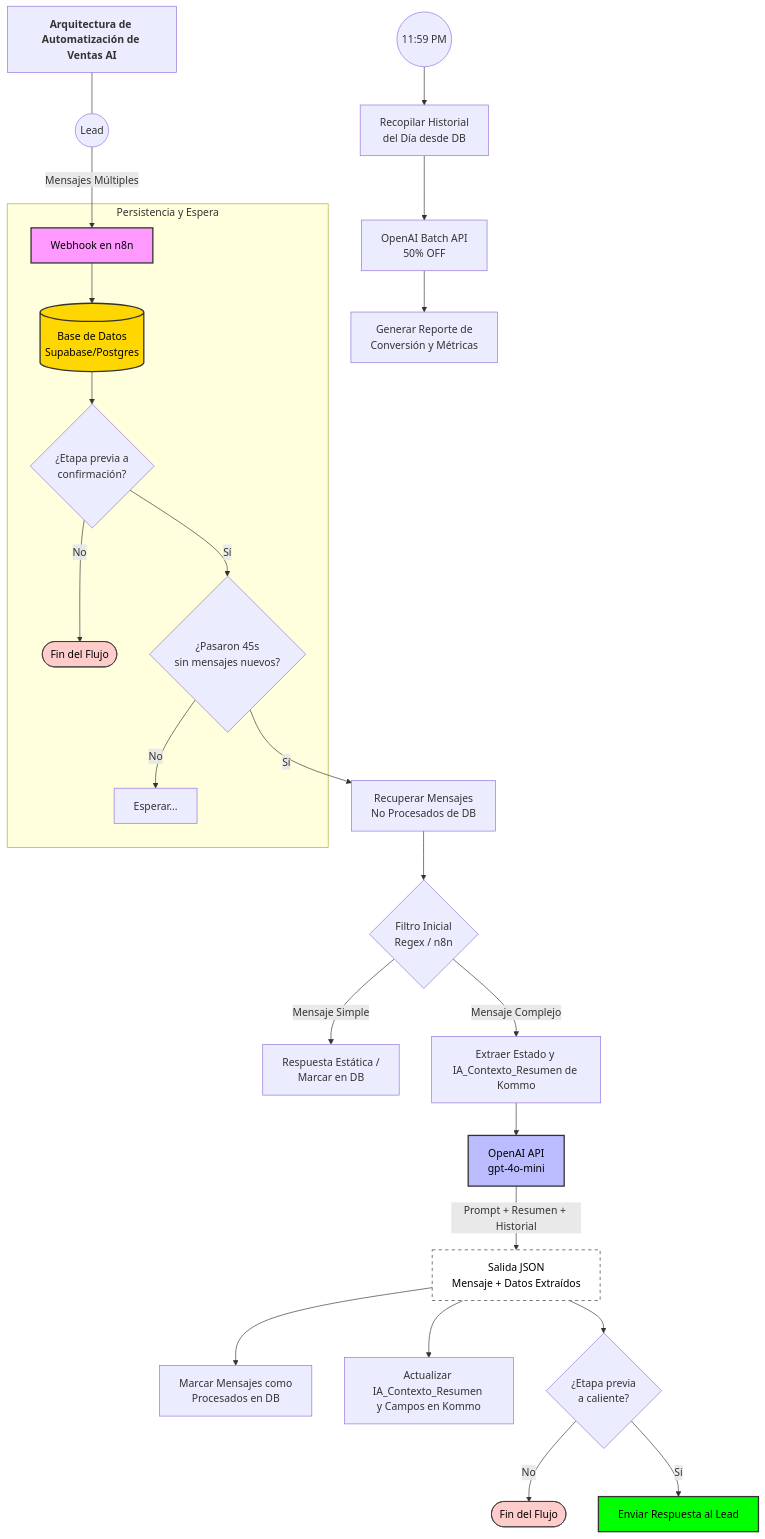
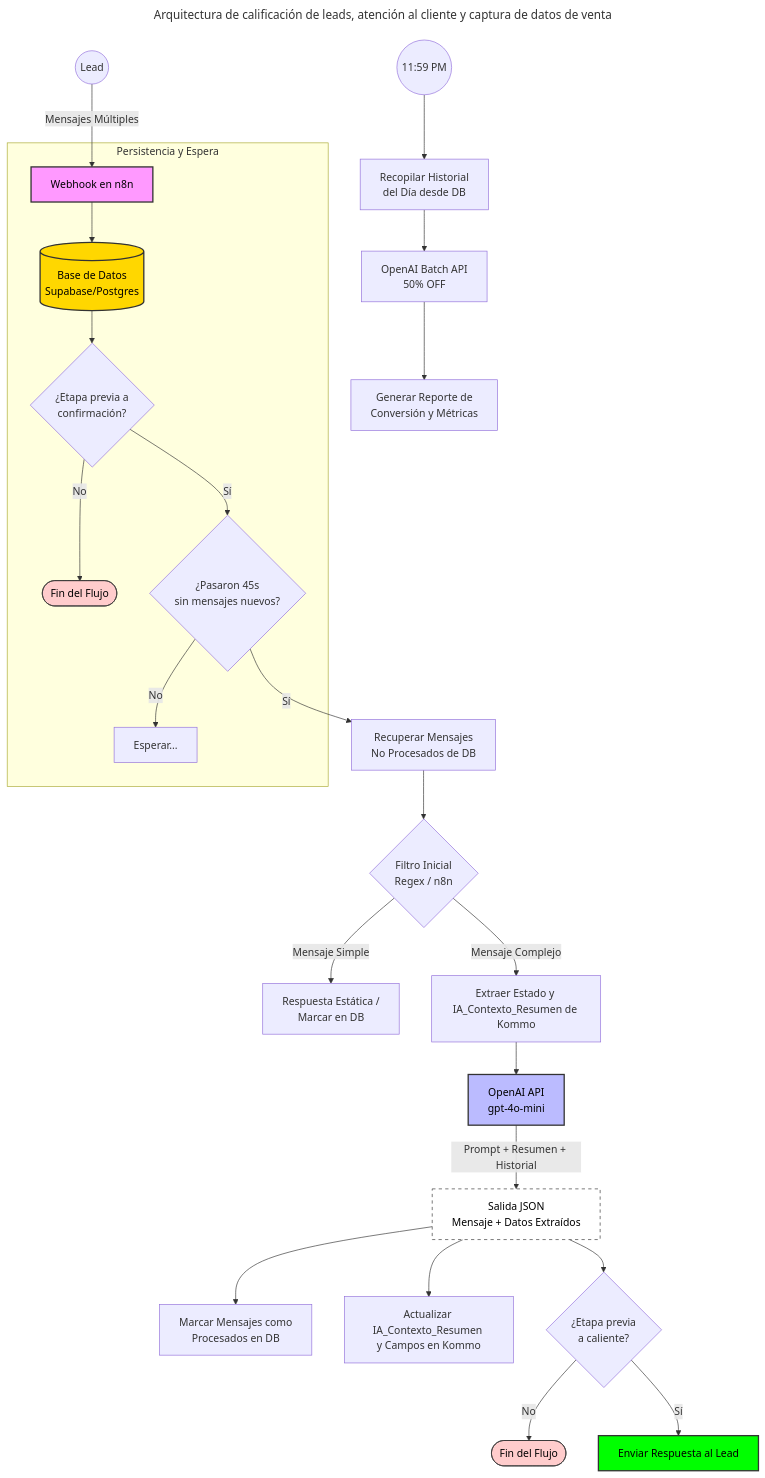
One commit to irvingexe/stuff changed the diagram in update 3.md. Above: the diagram before and after it, drawn with Mermaid.

Commit message:
Change title in lead qualification architecture diagram
Updated the title in the mermaid diagram for lead qualification architecture.

````diff
--- a/update 3.md
+++ b/update 3.md
@@ -1,51 +1,51 @@
 ```mermaid
+---
+title: Arquitectura de calificación de leads, atención al cliente y captura de datos de venta
+---
 graph TD
-    title[<b>Arquitectura de Automatización de Ventas AI</b>]
-    title --- Lead
-
     %% Entradas y Persistencia
     Lead((Lead)) -->|Mensajes Múltiples| Webhook[Webhook en n8n]
     
     subgraph Capa_Persistencia [Persistencia y Espera]
     Webhook --> SaveDB[(Base de Datos <br/>Supabase/Postgres)]
     SaveDB --> PreConfirm{¿Etapa previa a <br/>confirmación?}
     PreConfirm -- "No" --> End1([Fin del Flujo])
     PreConfirm -- "Sí" --> Debounce{¿Pasaron 45s <br/>sin mensajes nuevos?}
     Debounce -- "No" --> Wait[Esperar...]
     end
 
     %% Capa 0: Aduana y Contexto
     Debounce -- "Sí" --> GetHistory[Recuperar Mensajes <br/>No Procesados de DB]
     GetHistory --> Triage{Filtro Inicial <br/>Regex / n8n}
     
     Triage -- "Mensaje Simple" --> Ignore[Respuesta Estática / <br/>Marcar en DB]
     Triage -- "Mensaje Complejo" --> GetContext[Extraer Estado y <br/>IA_Contexto_Resumen de Kommo]
 
     %% Capa 1: Procesamiento IA Directo
     GetContext --> OpenAICall[OpenAI API <br/>gpt-4o-mini]
     
     %% Capa 2: Salida y Acciones Paralelas
     OpenAICall --> |Prompt + Resumen + Historial| JSONResponse[Salida JSON <br/>Mensaje + Datos Extraídos]
     
     JSONResponse --> MarkDone[Marcar Mensajes como <br/>Procesados en DB]
     JSONResponse --> UpdateKommo[Actualizar IA_Contexto_Resumen <br/>y Campos en Kommo]
     JSONResponse --> CheckHot{¿Etapa previa <br/>a caliente?}
 
     %% Capa 3: Ramificación Final
     CheckHot -- "No" --> End2([Fin del Flujo])
     CheckHot -- "Sí" --> SendMsg[Enviar Respuesta al Lead]
     
     %% Capa 4: Reporte Nocturno
     Cron((11:59 PM)) --> GatherLogs[Recopilar Historial <br/>del Día desde DB]
     GatherLogs --> BatchAPI[OpenAI Batch API <br/> 50% OFF]
     BatchAPI --> Report[Generar Reporte de <br/>Conversión y Métricas]
 
     %% ESTILOS
     style Webhook fill:#f9f,stroke:#333,stroke-width:2px,color:#000
     style SaveDB fill:#ffd700,stroke:#333,stroke-width:2px,color:#000
     style OpenAICall fill:#bbf,stroke:#333,stroke-width:2px,color:#000
     style JSONResponse fill:#fff,stroke:#333,stroke-dasharray: 5 5,color:#000
     style SendMsg fill:#00ff00,stroke:#333,stroke-width:2px,color:#000
     style End1 fill:#ffcccc,stroke:#333,color:#000
     style End2 fill:#ffcccc,stroke:#333,color:#000
 ```
````
